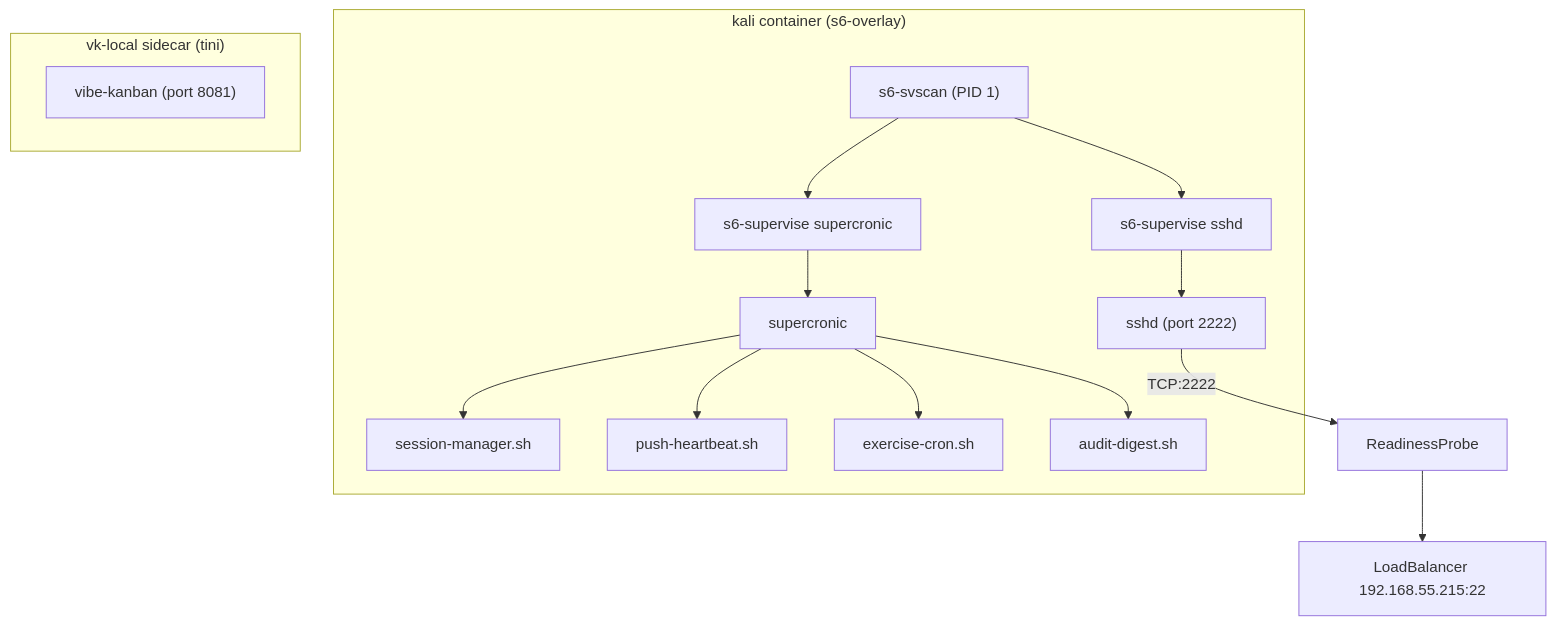
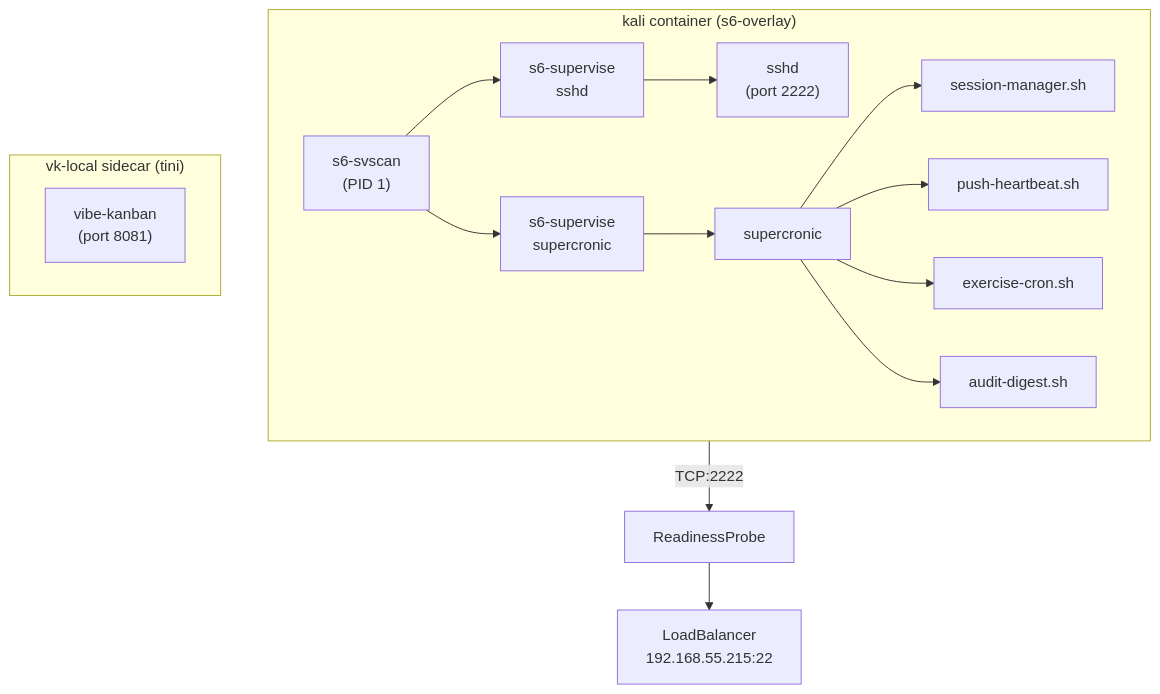
One commit to derio-net/frank changed the first of 2 diagrams in blog/content/docs/operating/14-secure-agent-pod/index.md. Above: the diagram before and after it, drawn with Mermaid. The commit also changed 42 other files, not shown here.

First line of the commit message:
chore(repo): blog-craft v0.19.0 — mermaid natural-size rendering + all 35 diagrams under the width gate (#735)

````diff
--- a/blog/content/docs/operating/14-secure-agent-pod/index.md
+++ b/blog/content/docs/operating/14-secure-agent-pod/index.md
@@ -29,19 +29,20 @@
 ```mermaid
 flowchart TD
     subgraph "kali container (s6-overlay)"
-        A["s6-svscan (PID 1)"]
-        A --> B["s6-supervise sshd"]
-        A --> C["s6-supervise supercronic"]
-        B --> D["sshd (port 2222)"]
+        direction LR
+        A["s6-svscan<br/>(PID 1)"]
+        A --> B["s6-supervise<br/>sshd"]
+        A --> C["s6-supervise<br/>supercronic"]
+        B --> D["sshd<br/>(port 2222)"]
         C --> E["supercronic"]
         E --> F["session-manager.sh"]
         E --> G["push-heartbeat.sh"]
         E --> H["exercise-cron.sh"]
         E --> I["audit-digest.sh"]
     end
     subgraph "vk-local sidecar (tini)"
-        J["vibe-kanban (port 8081)"]
+        J["vibe-kanban<br/>(port 8081)"]
     end
     D -->|TCP:2222| K["ReadinessProbe"]
-    K --> L["LoadBalancer 192.168.55.215:22"]
+    K --> L["LoadBalancer<br/>192.168.55.215:22"]
 ```
````
